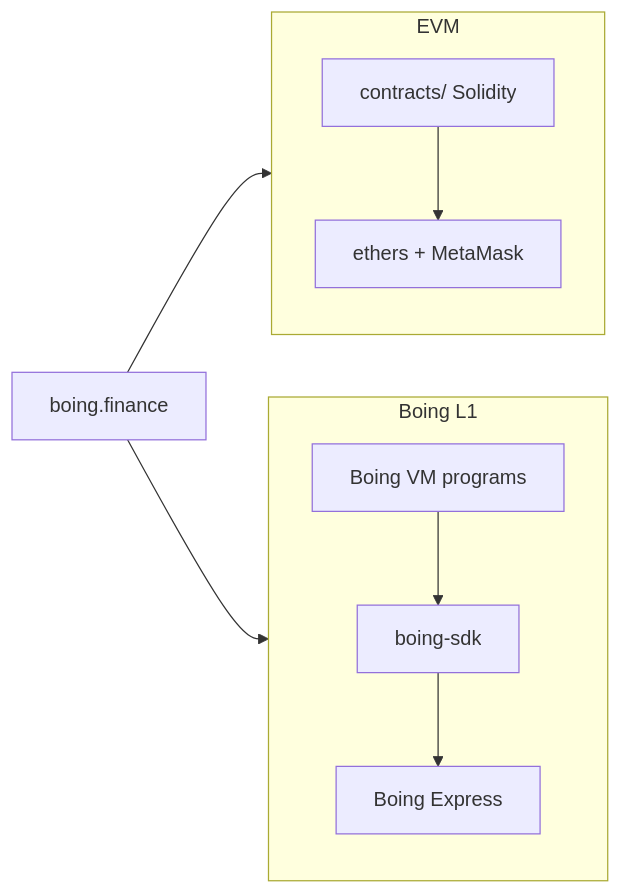
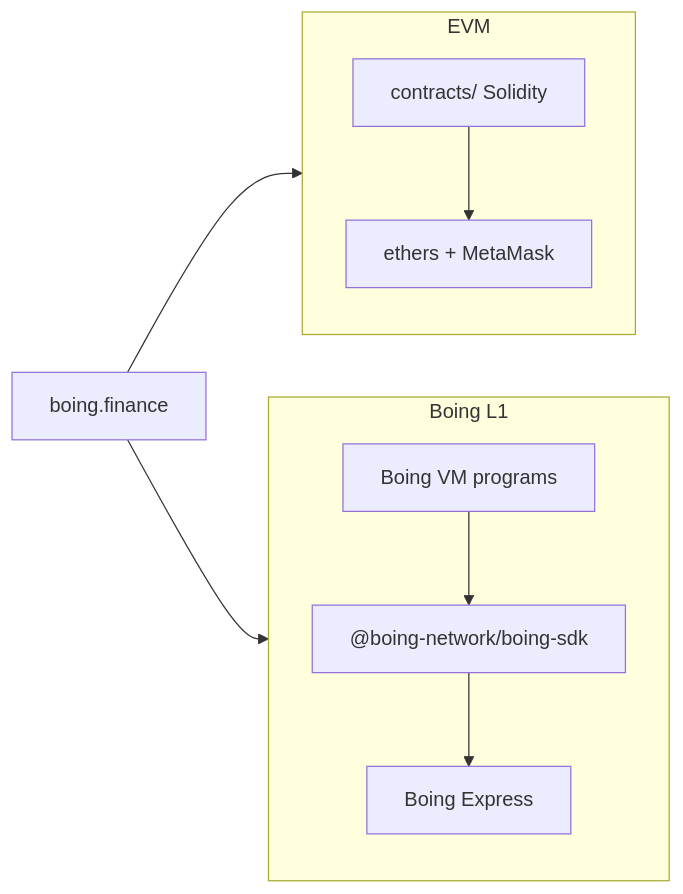
The diagram in docs/native-dex.md (Boing-Network/boing.finance), drawn with Mermaid before and after one commit. The commit also changed other lines of this file and 3 other files, not shown here.

First line of the commit message:
docs: use @boing-network/boing-sdk@0.5.24 in install notes (#41)

````diff
--- a/docs/native-dex.md
+++ b/docs/native-dex.md
@@ -15,12 +15,12 @@
 ```mermaid
 flowchart LR
   subgraph evm [EVM]
     Sol[contracts/ Solidity] --> Eth[ethers + MetaMask]
   end
   subgraph boing [Boing L1]
-    VM[Boing VM programs] --> SDK[boing-sdk]
+    VM[Boing VM programs] --> SDK["@boing-network/boing-sdk"]
     SDK --> Express[Boing Express]
   end
   App[boing.finance] --> evm
   App --> boing
 ```
````
